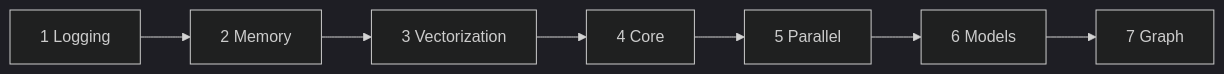
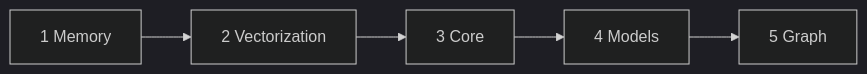
The third of 5 diagrams in Docs/PROJECT_DEPENDENCIES.md (KhwarizmiAnalytix/XSigma), drawn with Mermaid (dark theme) before and after one commit. The commit also changed other lines of this file and 100 other files, not shown here.

First line of the commit message:
Vendor Logging and Parallel as ThirdParty instead of keeping them in-tree.

````diff
--- a/Docs/PROJECT_DEPENDENCIES.md
+++ b/Docs/PROJECT_DEPENDENCIES.md
@@ -98,4 +118,4 @@
 ```mermaid
 flowchart LR
-  L[1 Logging] --> M[2 Memory] --> V[3 Vectorization] --> C[4 Core] --> Par[5 Parallel] --> Mod[6 Models] --> G[7 Graph]
+  M[1 Memory] --> V[2 Vectorization] --> C[3 Core] --> Mod[4 Models] --> G[5 Graph]
 ```
````
